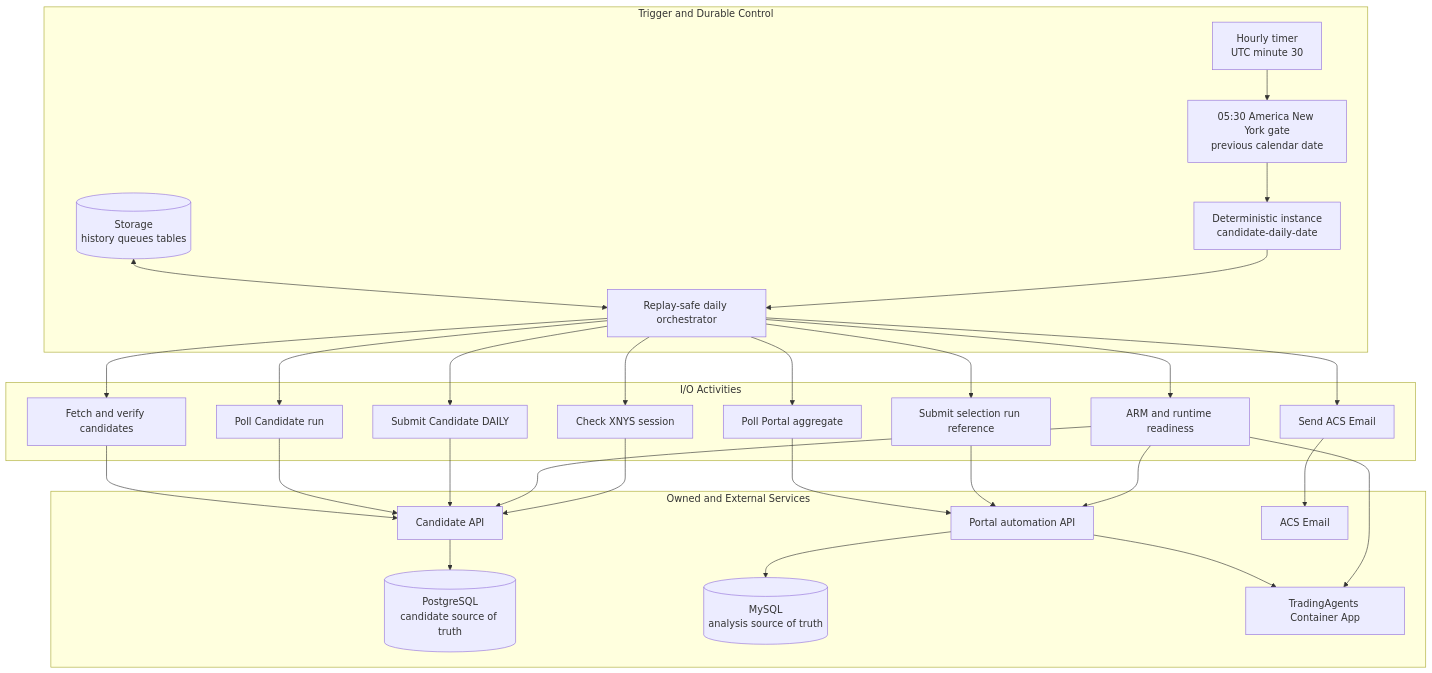
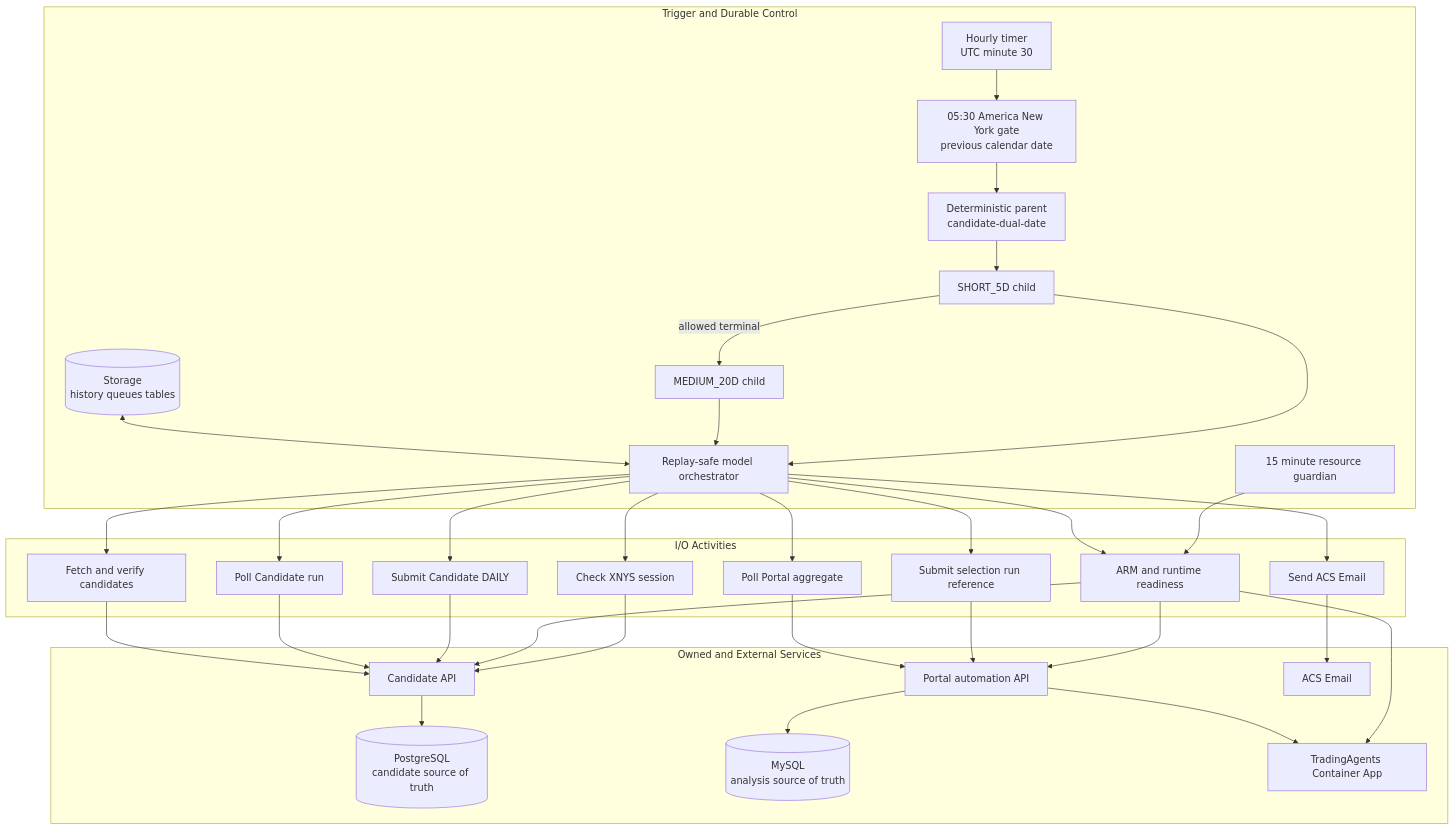
One commit to brjeong-private/sp500-candidate-engine changed the first of 3 diagrams in .github/modernize/assessment/engines/facts/orchestrator-architecture.md. Above: the diagram before and after it, drawn with Mermaid. The commit also changed other lines of this file and 21 other files, not shown here.

Commit message:
feat(orchestrator): run daily dual-model pipeline

````diff
--- a/.github/modernize/assessment/engines/facts/orchestrator-architecture.md
+++ b/.github/modernize/assessment/engines/facts/orchestrator-architecture.md
@@ -25,47 +30,54 @@
 ```mermaid
 flowchart TB
     subgraph Trigger["Trigger and Durable Control"]
         Timer["Hourly timer<br/>UTC minute 30"]
+        Guardian["15 minute resource guardian"]
         Gate["05:30 America New York gate<br/>previous calendar date"]
-        Instance["Deterministic instance<br/>candidate-daily-date"]
-        Workflow["Replay-safe daily orchestrator"]
+        Parent["Deterministic parent<br/>candidate-dual-date"]
+        Short["SHORT_5D child"]
+        Medium["MEDIUM_20D child"]
+        Workflow["Replay-safe model orchestrator"]
         DurableState[("Storage<br/>history queues tables")]
     end
 
     subgraph Activities["I/O Activities"]
         Session["Check XNYS session"]
         Ready["ARM and runtime readiness"]
         SubmitCandidate["Submit Candidate DAILY"]
         PollCandidate["Poll Candidate run"]
         Verify["Fetch and verify candidates"]
         SubmitPortal["Submit selection run reference"]
         PollPortal["Poll Portal aggregate"]
         Notify["Send ACS Email"]
     end
 
     subgraph Services["Owned and External Services"]
         Candidate["Candidate API"]
         CandidateDb[("PostgreSQL<br/>candidate source of truth")]
         Portal["Portal automation API"]
         PortalDb[("MySQL<br/>analysis source of truth")]
         Trading["TradingAgents Container App"]
         Email["ACS Email"]
     end
 
-    Timer --> Gate --> Instance --> Workflow
+    Timer --> Gate --> Parent --> Short
+    Short -->|"allowed terminal"| Medium
+    Guardian --> Ready
+    Short --> Workflow
+    Medium --> Workflow
     DurableState <--> Workflow
     Workflow --> Session --> Candidate
     Workflow --> Ready
     Ready --> Candidate
     Ready --> Portal
     Ready --> Trading
     Workflow --> SubmitCandidate --> Candidate
     Workflow --> PollCandidate --> Candidate
     Candidate --> CandidateDb
     Workflow --> Verify --> Candidate
     Workflow --> SubmitPortal --> Portal
     Workflow --> PollPortal --> Portal
     Portal --> PortalDb
     Portal --> Trading
     Workflow --> Notify --> Email
 ```
````
